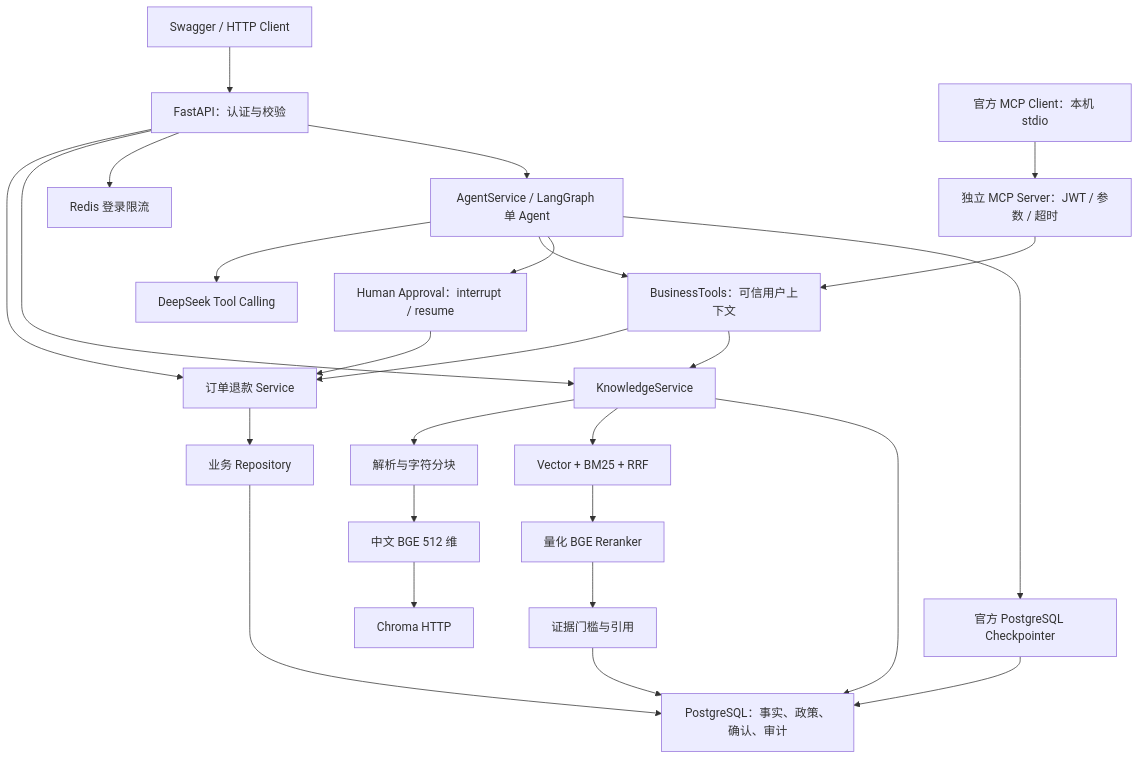
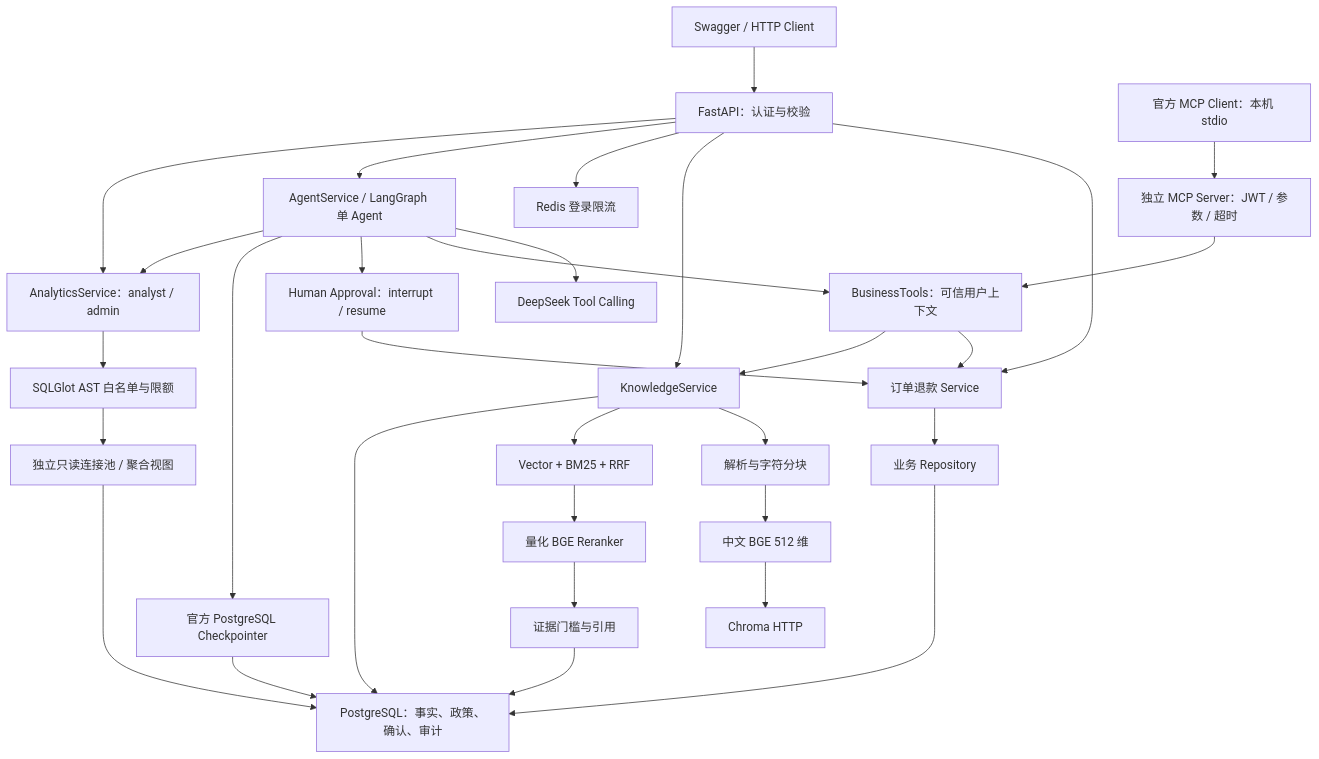
Before and after one commit to zjhwwwl/EnterpriseAgent: the diagram in README.md, drawn with Mermaid. The commit also changed other lines of this file and 66 other files, not shown here.

````diff
--- a/README.md
+++ b/README.md
@@ -27,29 +28,34 @@
 ```mermaid
 flowchart TD
     CLIENT["Swagger / HTTP Client"] --> API["FastAPI：认证与校验"]
     API --> BIZ["订单退款 Service"]
     BIZ --> REPO["业务 Repository"]
     REPO --> PG["PostgreSQL：事实、政策、确认、审计"]
 
     API --> KB["KnowledgeService"]
     KB --> PARSE["解析与字符分块"]
     PARSE --> EMBED["中文 BGE 512 维"]
     EMBED --> CHROMA["Chroma HTTP"]
     KB --> HYBRID["Vector + BM25 + RRF"]
     HYBRID --> RERANK["量化 BGE Reranker"]
     RERANK --> EVIDENCE["证据门槛与引用"]
     EVIDENCE --> PG
     KB --> PG
     API --> REDIS["Redis 登录限流"]
     API --> AGENT["AgentService / LangGraph 单 Agent"]
     AGENT --> LLM["DeepSeek Tool Calling"]
     AGENT --> TOOLS["BusinessTools：可信用户上下文"]
     TOOLS --> BIZ
     TOOLS --> KB
     AGENT --> APPROVAL["Human Approval：interrupt / resume"]
     APPROVAL --> BIZ
     AGENT --> CHECKPOINT["官方 PostgreSQL Checkpointer"]
     CHECKPOINT --> PG
+    API --> ANALYSIS["AnalyticsService：analyst / admin"]
+    AGENT --> ANALYSIS
+    ANALYSIS --> SQLGUARD["SQLGlot AST 白名单与限额"]
+    SQLGUARD --> READER["独立只读连接池 / 聚合视图"]
+    READER --> PG
     MCPCLIENT["官方 MCP Client：本机 stdio"] --> MCP["独立 MCP Server：JWT / 参数 / 超时"]
     MCP --> TOOLS
 ```
````
